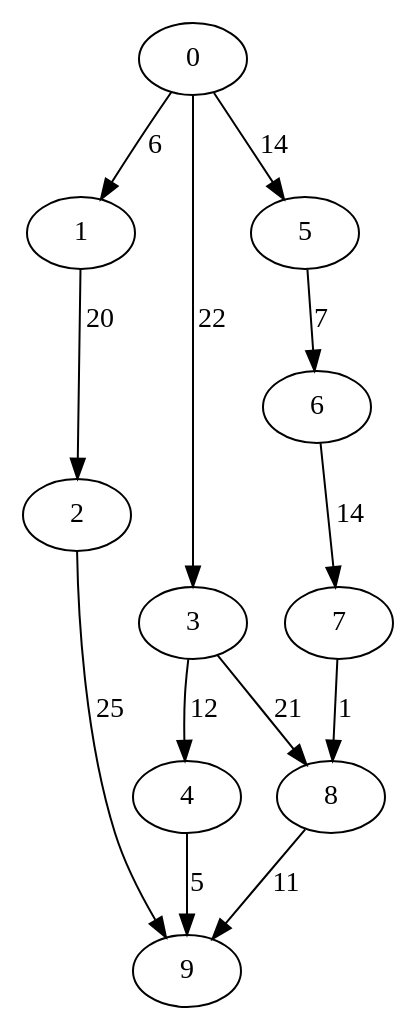
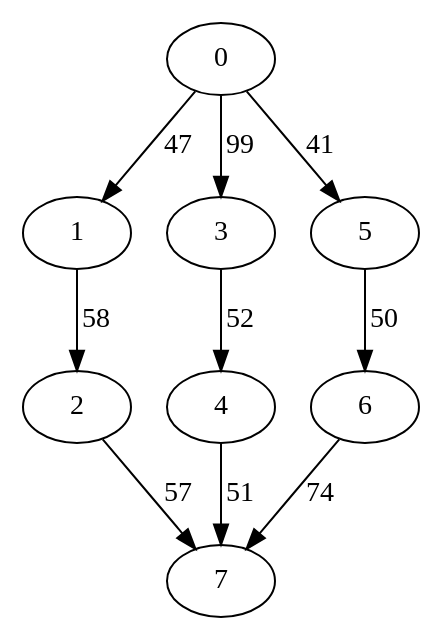
Before and after one commit to asaloniti/DagScheduling: the diagram in dotfiles/data6.dot, drawn with Graphviz. The commit also changed 27 other files, not shown here.

```diff
--- a/dotfiles/data6.dot
+++ b/dotfiles/data6.dot
@@ -1,14 +1,11 @@
 digraph data6 {
-0 -> 1 [ label = 6 ];
-0 -> 3 [ label = 22 ];
-0 -> 5 [ label = 14 ];
-1 -> 2 [ label = 20 ];
-2 -> 9 [ label = 25 ];
-3 -> 4 [ label = 12 ];
-3 -> 8 [ label = 21 ];
-4 -> 9 [ label = 5 ];
-5 -> 6 [ label = 7 ];
-6 -> 7 [ label = 14 ];
-7 -> 8 [ label = 1 ];
-8 -> 9 [ label = 11 ];
+0 -> 1 [ label = 47 ];
+0 -> 3 [ label = 99 ];
+0 -> 5 [ label = 41 ];
+1 -> 2 [ label = 58 ];
+2 -> 7 [ label = 57 ];
+3 -> 4 [ label = 52 ];
+4 -> 7 [ label = 51 ];
+5 -> 6 [ label = 50 ];
+6 -> 7 [ label = 74 ];
  }
```
